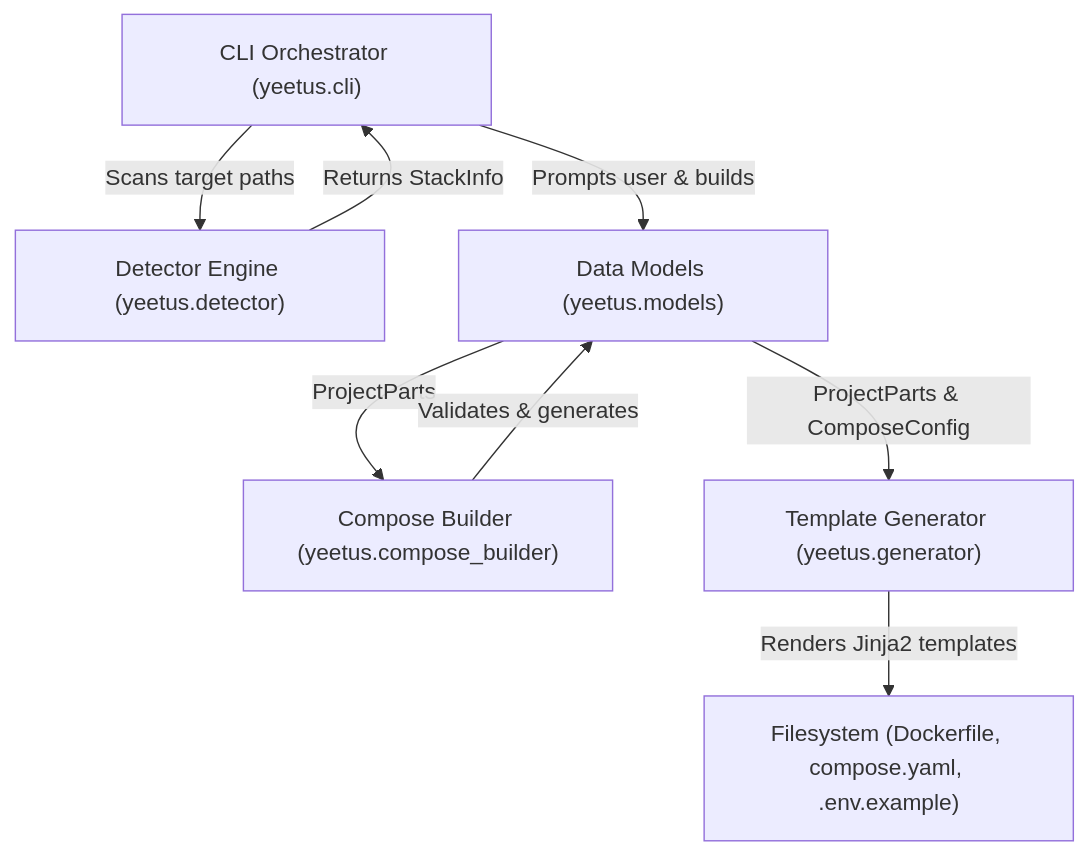
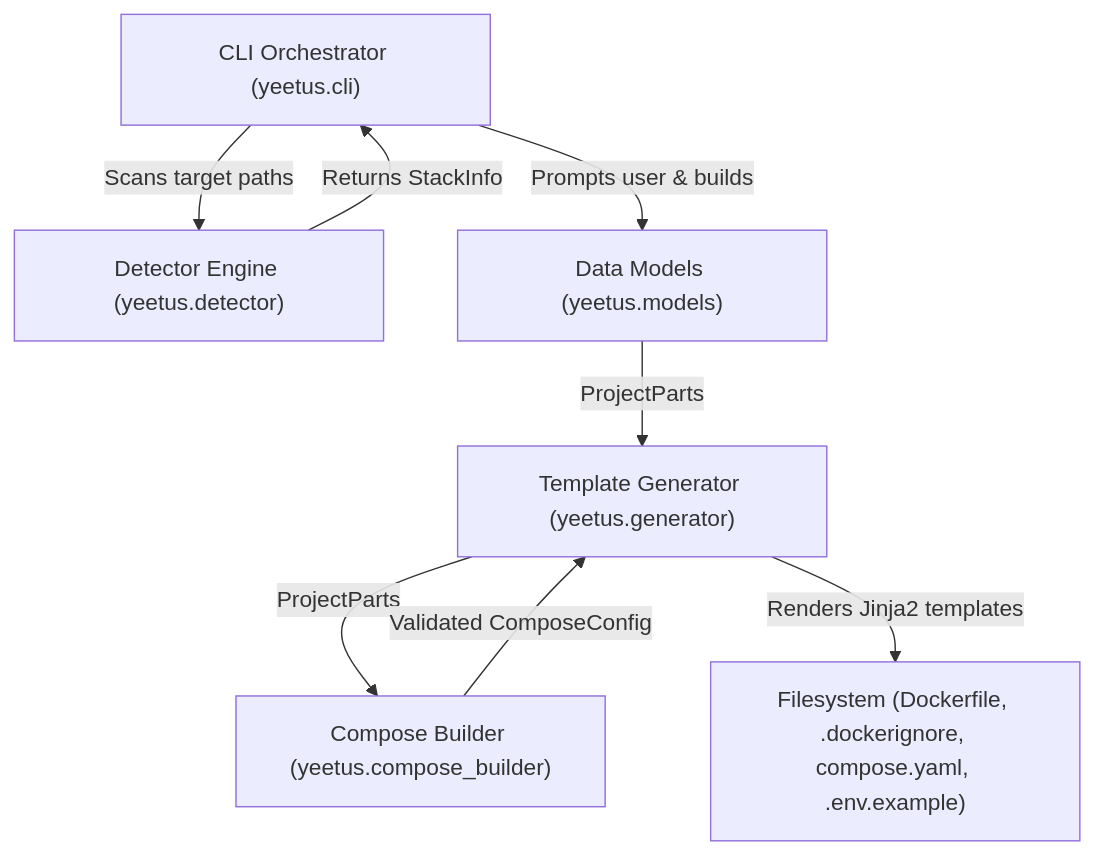
The first of 3 diagrams in docs/ARCHITECTURE.md (Nuxview/Yeetus), drawn with Mermaid before and after one commit. The commit also changed other lines of this file and 71 other files, not shown here.

````diff
--- a/docs/ARCHITECTURE.md
+++ b/docs/ARCHITECTURE.md
@@ -24,17 +24,17 @@
 ```mermaid
 flowchart TD
     CLI["CLI Orchestrator (yeetus.cli)"]
     Detectors["Detector Engine (yeetus.detector)"]
     Models["Data Models (yeetus.models)"]
     ComposeBuilder["Compose Builder (yeetus.compose_builder)"]
     Generator["Template Generator (yeetus.generator)"]
-    Disk["Filesystem (Dockerfile, compose.yaml, .env.example)"]
+    Disk["Filesystem (Dockerfile, .dockerignore, compose.yaml, .env.example)"]
 
     CLI -->|Scans target paths| Detectors
     Detectors -->|Returns StackInfo| CLI
     CLI -->|Prompts user & builds| Models
-    Models -->|ProjectParts| ComposeBuilder
-    ComposeBuilder -->|Validates & generates| Models
-    Models -->|ProjectParts & ComposeConfig| Generator
+    Models -->|ProjectParts| Generator
+    Generator -->|ProjectParts| ComposeBuilder
+    ComposeBuilder -->|Validated ComposeConfig| Generator
     Generator -->|Renders Jinja2 templates| Disk
 ```
````
